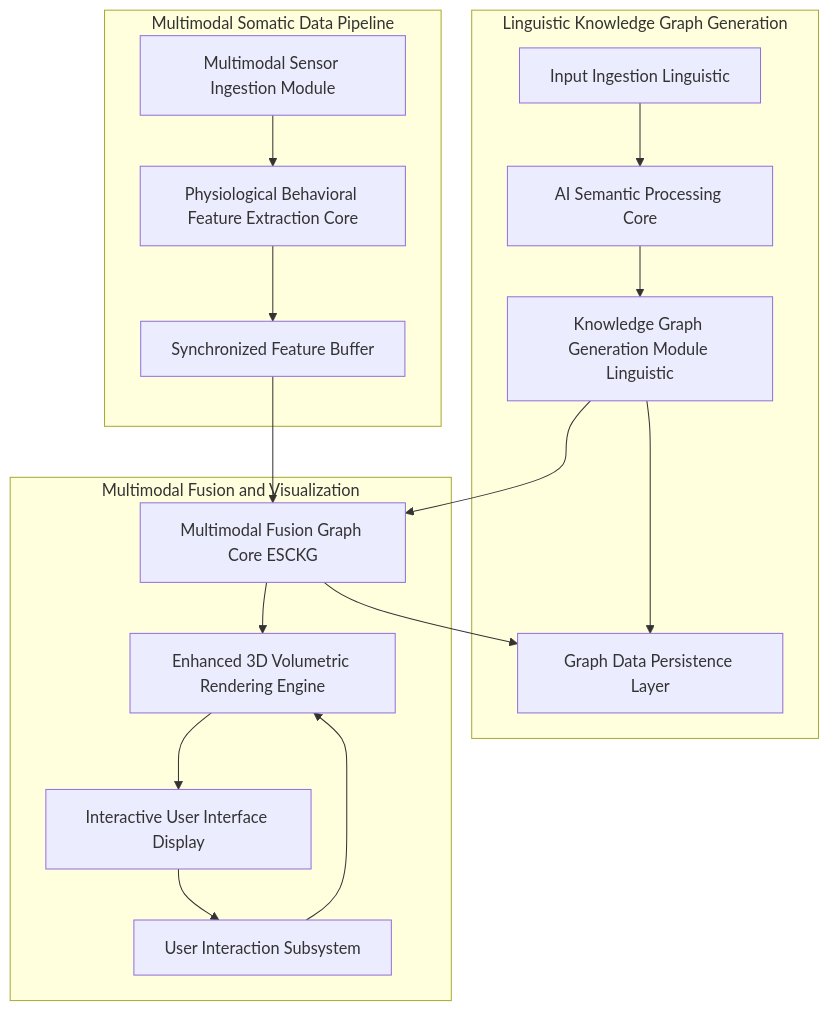
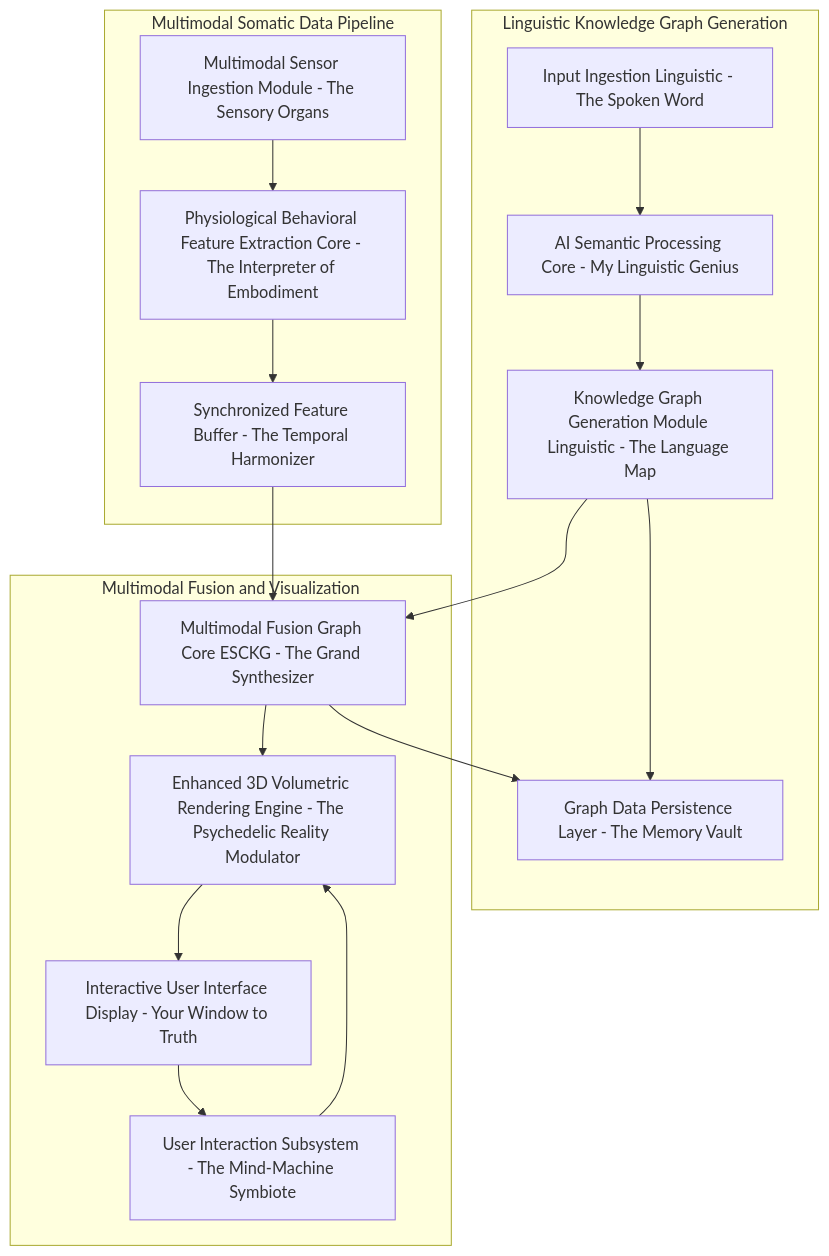
One commit to diplomat-bit/Citibank_Demo_Business_Inc_Demonstration- changed the first of 9 diagrams in inventions/inventions/012_holographic_meeting_scribe/014_multimodal_somatic_cognitive_graph_integration.md. Above: the diagram before and after it, drawn with Mermaid. The commit also changed other lines of this file, not shown here.

````diff
--- a/inventions/inventions/012_holographic_meeting_scribe/014_multimodal_somatic_cognitive_graph_integration.md
+++ b/inventions/inventions/012_holographic_meeting_scribe/014_multimodal_somatic_cognitive_graph_integration.md
@@ -25,23 +31,23 @@
 ```mermaid
 graph TD
     subgraph Linguistic Knowledge Graph Generation
-        A_LKG[Input Ingestion Linguistic] --> AI_CORE[AI Semantic Processing Core];
-        AI_CORE --> LKG_MODULE[Knowledge Graph Generation Module Linguistic];
-        LKG_MODULE --> D_PERSIST[Graph Data Persistence Layer];
+        A_LKG[Input Ingestion Linguistic - The Spoken Word] --> AI_CORE[AI Semantic Processing Core - My Linguistic Genius];
+        AI_CORE --> LKG_MODULE[Knowledge Graph Generation Module Linguistic - The Language Map];
+        LKG_MODULE --> D_PERSIST[Graph Data Persistence Layer - The Memory Vault];
     end
 
     subgraph Multimodal Somatic Data Pipeline
-        S_MM_INGEST[Multimodal Sensor Ingestion Module] --> S_FEAT_EXTRACT[Physiological Behavioral Feature Extraction Core];
-        S_FEAT_EXTRACT --> SYNCH_BUFFER[Synchronized Feature Buffer];
+        S_MM_INGEST[Multimodal Sensor Ingestion Module - The Sensory Organs] --> S_FEAT_EXTRACT[Physiological Behavioral Feature Extraction Core - The Interpreter of Embodiment];
+        S_FEAT_EXTRACT --> SYNCH_BUFFER[Synchronized Feature Buffer - The Temporal Harmonizer];
     end
 
     subgraph Multimodal Fusion and Visualization
-        LKG_MODULE --> FUSION_CORE[Multimodal Fusion Graph Core ESCKG];
+        LKG_MODULE --> FUSION_CORE[Multimodal Fusion Graph Core ESCKG - The Grand Synthesizer];
         SYNCH_BUFFER --> FUSION_CORE;
-        FUSION_CORE --> E_REND[Enhanced 3D Volumetric Rendering Engine];
-        E_REND --> F_UI[Interactive User Interface Display];
-        F_UI --> G_USER_INT[User Interaction Subsystem];
+        FUSION_CORE --> E_REND[Enhanced 3D Volumetric Rendering Engine - The Psychedelic Reality Modulator];
+        E_REND --> F_UI[Interactive User Interface Display - Your Window to Truth];
+        F_UI --> G_USER_INT[User Interaction Subsystem - The Mind-Machine Symbiote];
         G_USER_INT --> E_REND;
         FUSION_CORE --> D_PERSIST;
     end
 ```
````
